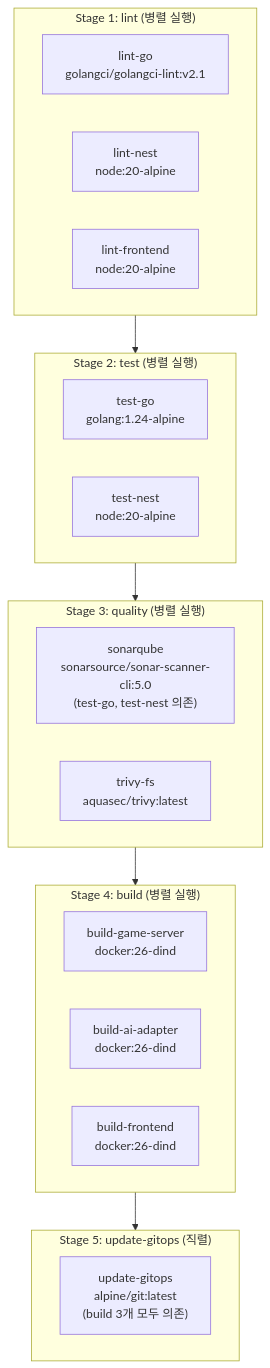
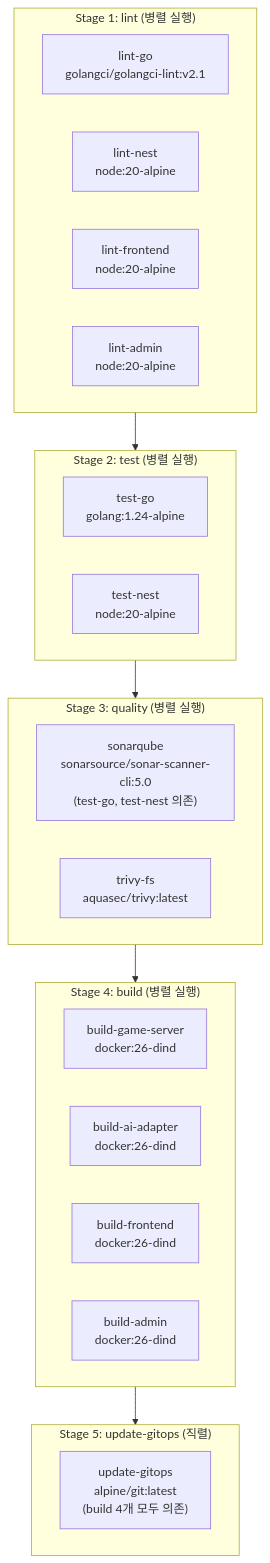
Before and after one commit to k82022603/RummiArena: the second of 6 diagrams in docs/03-development/11-devsecops-cicd-guide.md, drawn with Mermaid. The commit also changed other lines of this file and 2 other files, not shown here.

````diff
--- a/docs/03-development/11-devsecops-cicd-guide.md
+++ b/docs/03-development/11-devsecops-cicd-guide.md
@@ -48,30 +49,32 @@
 ```mermaid
 flowchart TB
     subgraph LINT["Stage 1: lint (병렬 실행)"]
         L1["lint-go\ngolangci/golangci-lint:v2.1"]
         L2["lint-nest\nnode:20-alpine"]
         L3["lint-frontend\nnode:20-alpine"]
+        L4["lint-admin\nnode:20-alpine"]
     end
 
     subgraph TEST["Stage 2: test (병렬 실행)"]
         T1["test-go\ngolang:1.24-alpine"]
         T2["test-nest\nnode:20-alpine"]
     end
 
     subgraph QUALITY["Stage 3: quality (병렬 실행)"]
         Q1["sonarqube\nsonarsource/sonar-scanner-cli:5.0\n(test-go, test-nest 의존)"]
         Q2["trivy-fs\naquasec/trivy:latest"]
     end
 
     subgraph BUILD["Stage 4: build (병렬 실행)"]
         B1["build-game-server\ndocker:26-dind"]
         B2["build-ai-adapter\ndocker:26-dind"]
         B3["build-frontend\ndocker:26-dind"]
+        B4["build-admin\ndocker:26-dind"]
     end
 
     subgraph GITOPS["Stage 5: update-gitops (직렬)"]
-        G1["update-gitops\nalpine/git:latest\n(build 3개 모두 의존)"]
+        G1["update-gitops\nalpine/git:latest\n(build 4개 모두 의존)"]
     end
 
     LINT --> TEST --> QUALITY --> BUILD --> GITOPS
 ```
````
